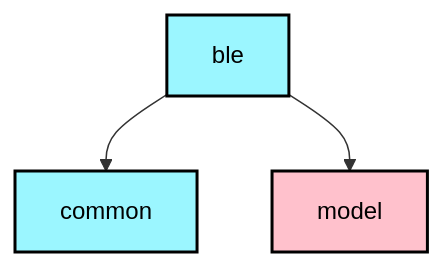
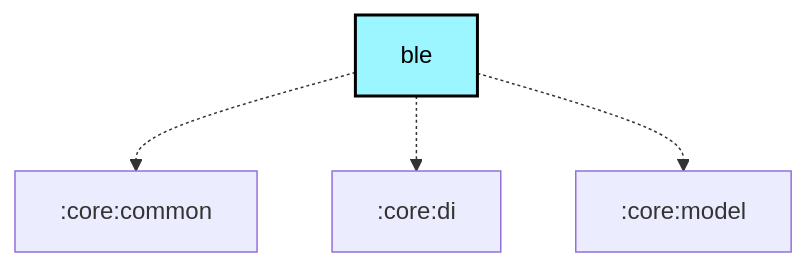
Before and after one commit to meshtastic/Meshtastic-Android: the diagram in core/ble/README.md, drawn with Mermaid. The commit also changed 25 other files, not shown here.

First line of the commit message:
docs: Populate module READMEs with overviews and dependency graphs

````diff
--- a/core/ble/README.md
+++ b/core/ble/README.md
@@ -6,12 +6,18 @@
 ```mermaid
 graph TB
   :core:ble[ble]:::android-library
-  :core:common[common]:::android-library
-  :core:model[model]:::kmp-library
+  :core:ble -.-> :core:common
+  :core:ble -.-> :core:di
+  :core:ble -.-> :core:model
 
-  :core:ble --> :core:common
-  :core:ble --> :core:model
+classDef android-application fill:#CAFFBF,stroke:#000,stroke-width:2px,color:#000;
+classDef android-application-compose fill:#CAFFBF,stroke:#000,stroke-width:2px,color:#000;
+classDef android-feature fill:#FFD6A5,stroke:#000,stroke-width:2px,color:#000;
+classDef android-library fill:#9BF6FF,stroke:#000,stroke-width:2px,color:#000;
+classDef android-library-compose fill:#9BF6FF,stroke:#000,stroke-width:2px,color:#000;
+classDef android-test fill:#A0C4FF,stroke:#000,stroke-width:2px,color:#000;
+classDef jvm-library fill:#BDB2FF,stroke:#000,stroke-width:2px,color:#000;
+classDef kmp-library fill:#FFC1CC,stroke:#000,stroke-width:2px,color:#000;
+classDef unknown fill:#FFADAD,stroke:#000,stroke-width:2px,color:#000;
 
-classDef android-library fill:#9BF6FF,stroke:#000,stroke-width:2px,color:#000;
-classDef kmp-library fill:#FFC1CC,stroke:#000,stroke-width:2px,color:#000;
 ```
````
